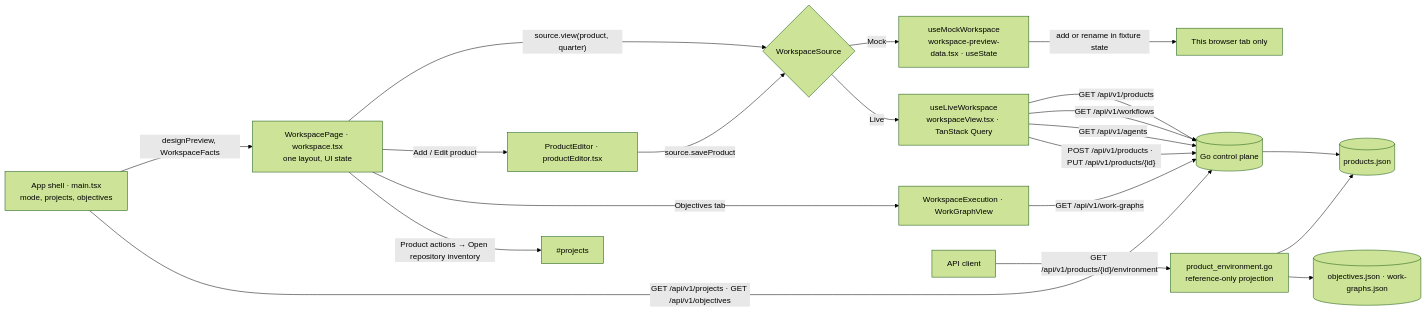
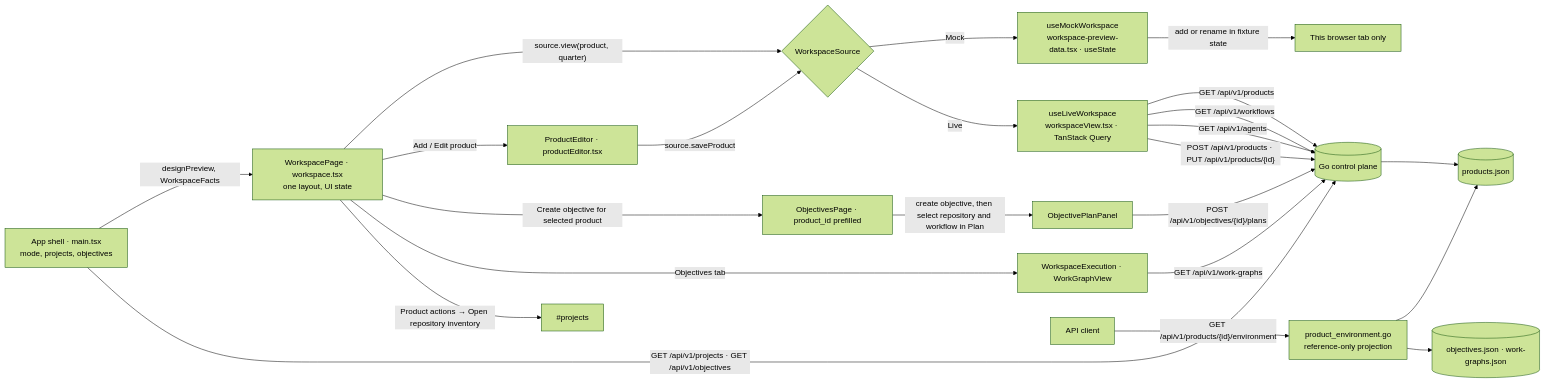
Before and after one commit to bogdaniel/zenchron-engineering-os: the diagram in docs/features/product-workspace.md, drawn with Mermaid (forest theme). The commit also changed other lines of this file and 49 other files, not shown here.

````diff
--- a/docs/features/product-workspace.md
+++ b/docs/features/product-workspace.md
@@ -12,22 +12,25 @@
 ```mermaid
 flowchart LR
     Shell["App shell · main.tsx<br/>mode, projects, objectives"] -->|"designPreview, WorkspaceFacts"| Page["WorkspacePage · workspace.tsx<br/>one layout, UI state"]
     Page -->|"source.view(product, quarter)"| Source{"WorkspaceSource"}
     Source -->|Mock| Mock["useMockWorkspace<br/>workspace-preview-data.tsx · useState"]
     Source -->|Live| Live["useLiveWorkspace<br/>workspaceView.tsx · TanStack Query"]
     Live -->|"GET /api/v1/products"| CP[(Go control plane)]
     Live -->|"GET /api/v1/workflows"| CP
     Live -->|"GET /api/v1/agents"| CP
     Shell -->|"GET /api/v1/projects · GET /api/v1/objectives"| CP
     Page -->|"Add / Edit product"| Editor["ProductEditor · productEditor.tsx"]
     Editor -->|"source.saveProduct"| Source
     Live -->|"POST /api/v1/products · PUT /api/v1/products/{id}"| CP
+    Page -->|"Create objective for selected product"| Objective["ObjectivesPage · product_id prefilled"]
+    Objective -->|"create objective, then select repository and workflow in Plan"| Plans["ObjectivePlanPanel"]
+    Plans -->|"POST /api/v1/objectives/{id}/plans"| CP
     Mock -->|"add or rename in fixture state"| Tab["This browser tab only"]
     CP --> Store[(products.json)]
     Page -->|"Objectives tab"| Execution["WorkspaceExecution · WorkGraphView"]
     Execution -->|"GET /api/v1/work-graphs"| CP
     Client["API client"] -->|"GET /api/v1/products/{id}/environment"| Environment["product_environment.go<br/>reference-only projection"]
     Environment --> Store
     Environment --> Graphs[(objectives.json · work-graphs.json)]
     Page -->|"Product actions → Open repository inventory"| Projects["#projects"]
 ```
````
